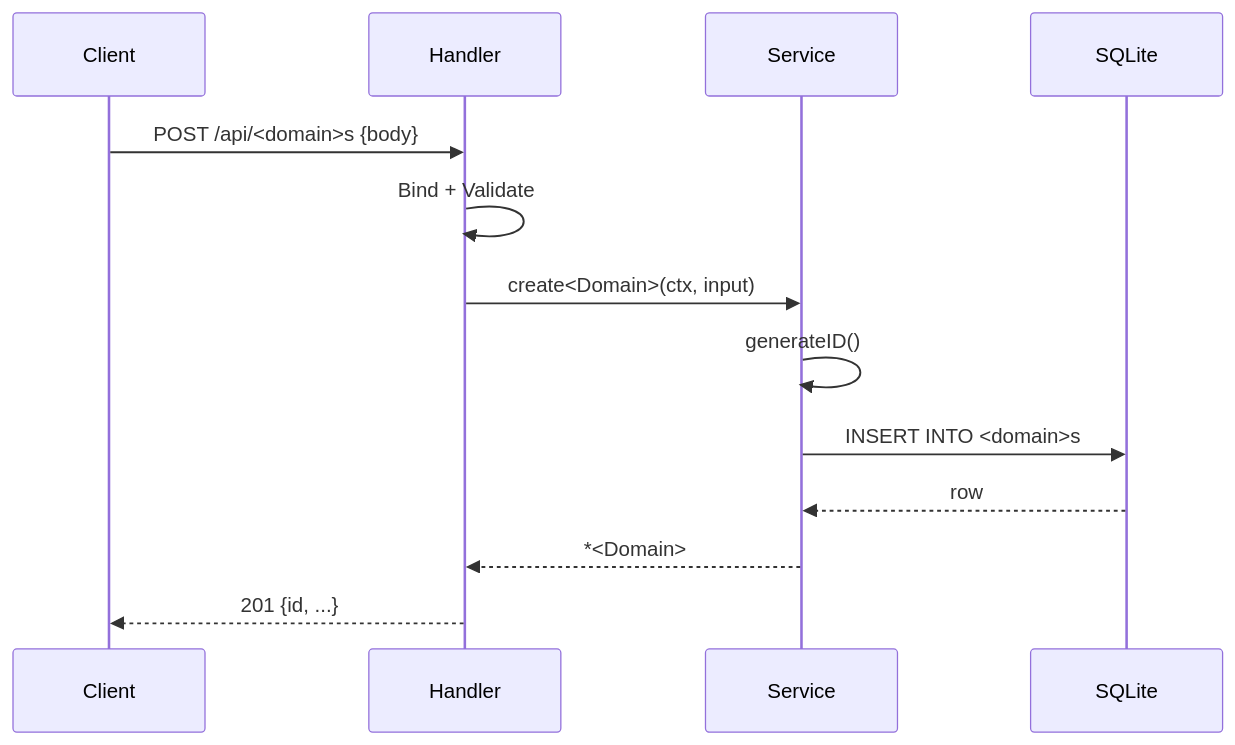
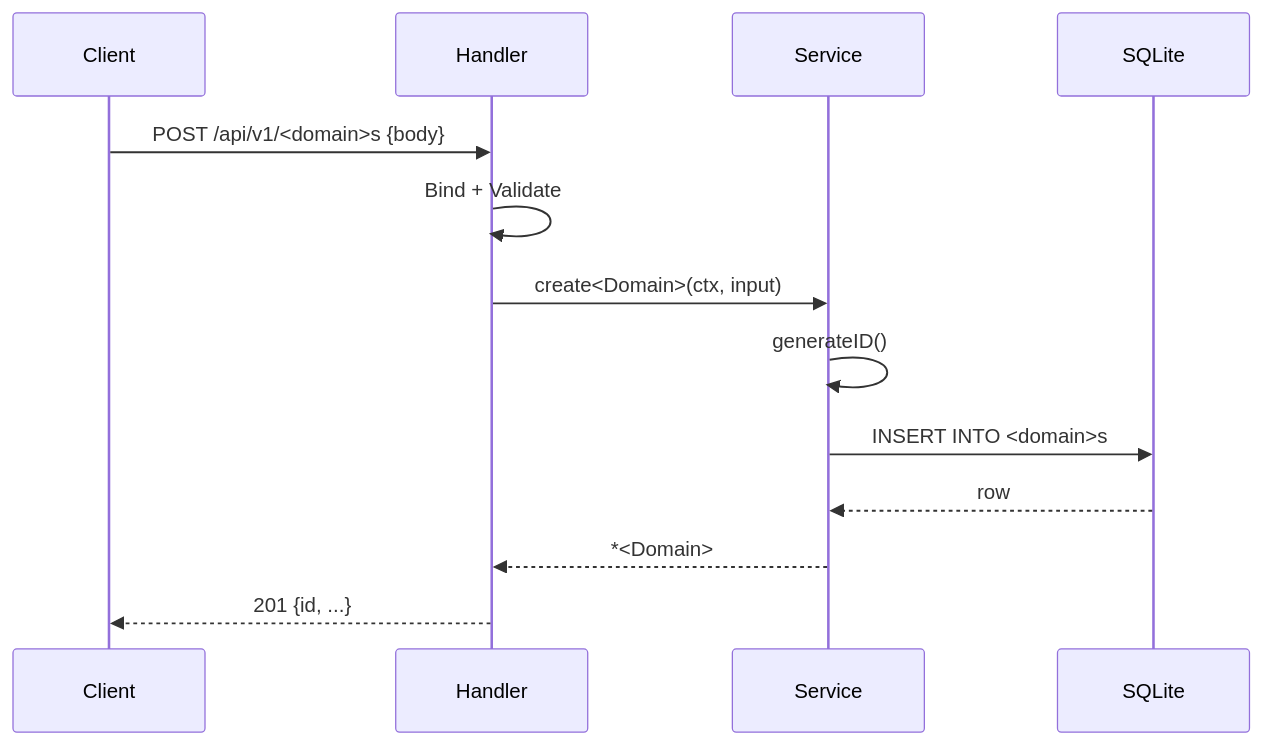
Before and after one commit to tung-dnt/gokit: the second of 2 diagrams in .claude/agents/requirement-analyst.md, drawn with Mermaid. The commit also changed other lines of this file and 14 other files, not shown here.

````diff
--- a/.claude/agents/requirement-analyst.md
+++ b/.claude/agents/requirement-analyst.md
@@ -137,16 +137,16 @@
 ```mermaid
 sequenceDiagram
     participant C as Client
     participant H as Handler
     participant S as Service
     participant DB as SQLite
 
-    C->>H: POST /api/<domain>s {body}
+    C->>H: POST /api/v1/<domain>s {body}
     H->>H: Bind + Validate
     H->>S: create<Domain>(ctx, input)
     S->>S: generateID()
     S->>DB: INSERT INTO <domain>s
     DB-->>S: row
     S-->>H: *<Domain>
     H-->>C: 201 {id, ...}
 ```
````
